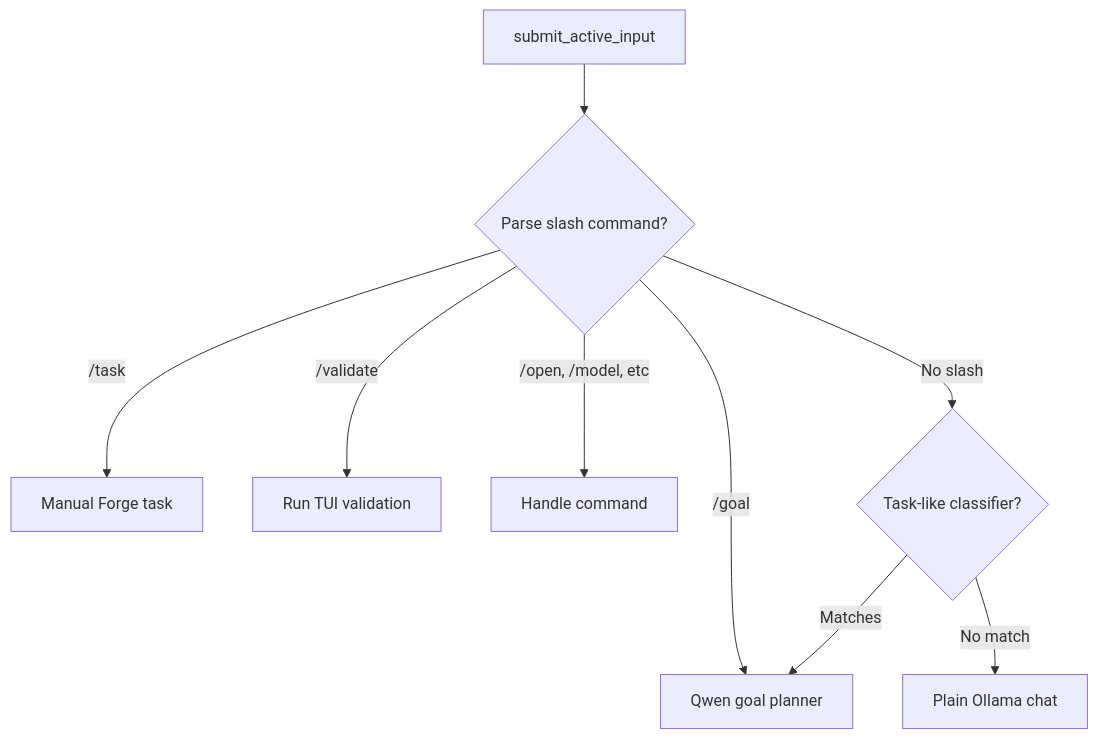
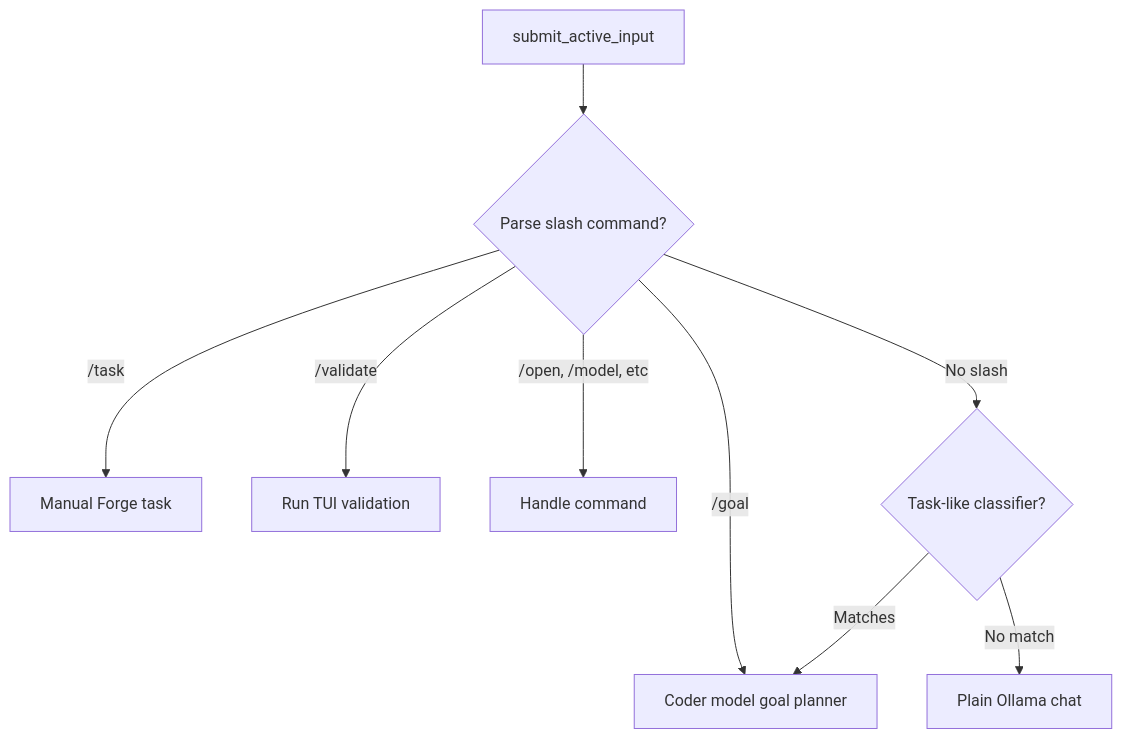
The sixth of 6 diagrams in docs/06_MAIN_WORKFLOWS.md (Keyboard-Lord/Rasputin-Coder), drawn with Mermaid before and after one commit. The commit also changed other lines of this file and 70 other files, not shown here.

````diff
--- a/docs/06_MAIN_WORKFLOWS.md
+++ b/docs/06_MAIN_WORKFLOWS.md
@@ -349,11 +349,11 @@
 ```mermaid
 flowchart TD
     A[submit_active_input] --> B{Parse slash command?}
-    B -->|/goal| C[Qwen goal planner]
+    B -->|/goal| C[Coder model goal planner]
     B -->|/task| D[Manual Forge task]
     B -->|/validate| E[Run TUI validation]
     B -->|/open, /model, etc| F[Handle command]
     B -->|No slash| G{Task-like classifier?}
     G -->|Matches| C
     G -->|No match| H[Plain Ollama chat]
 ```
````
